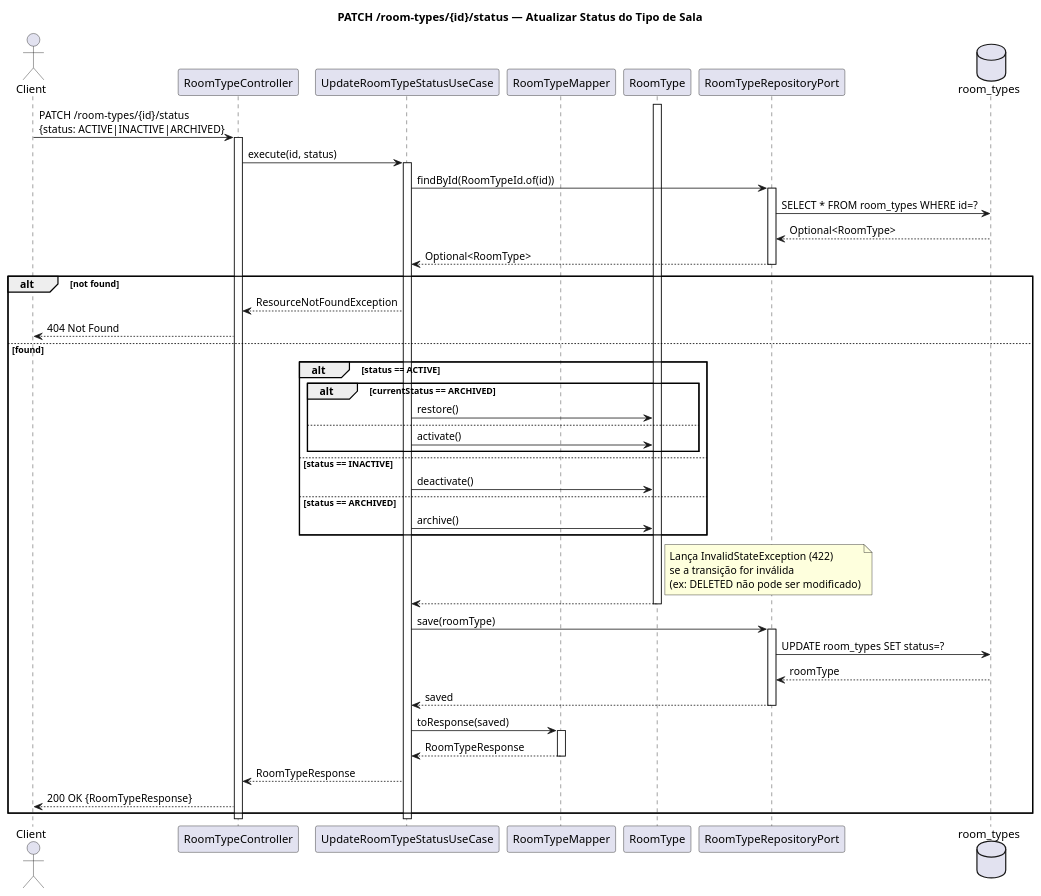
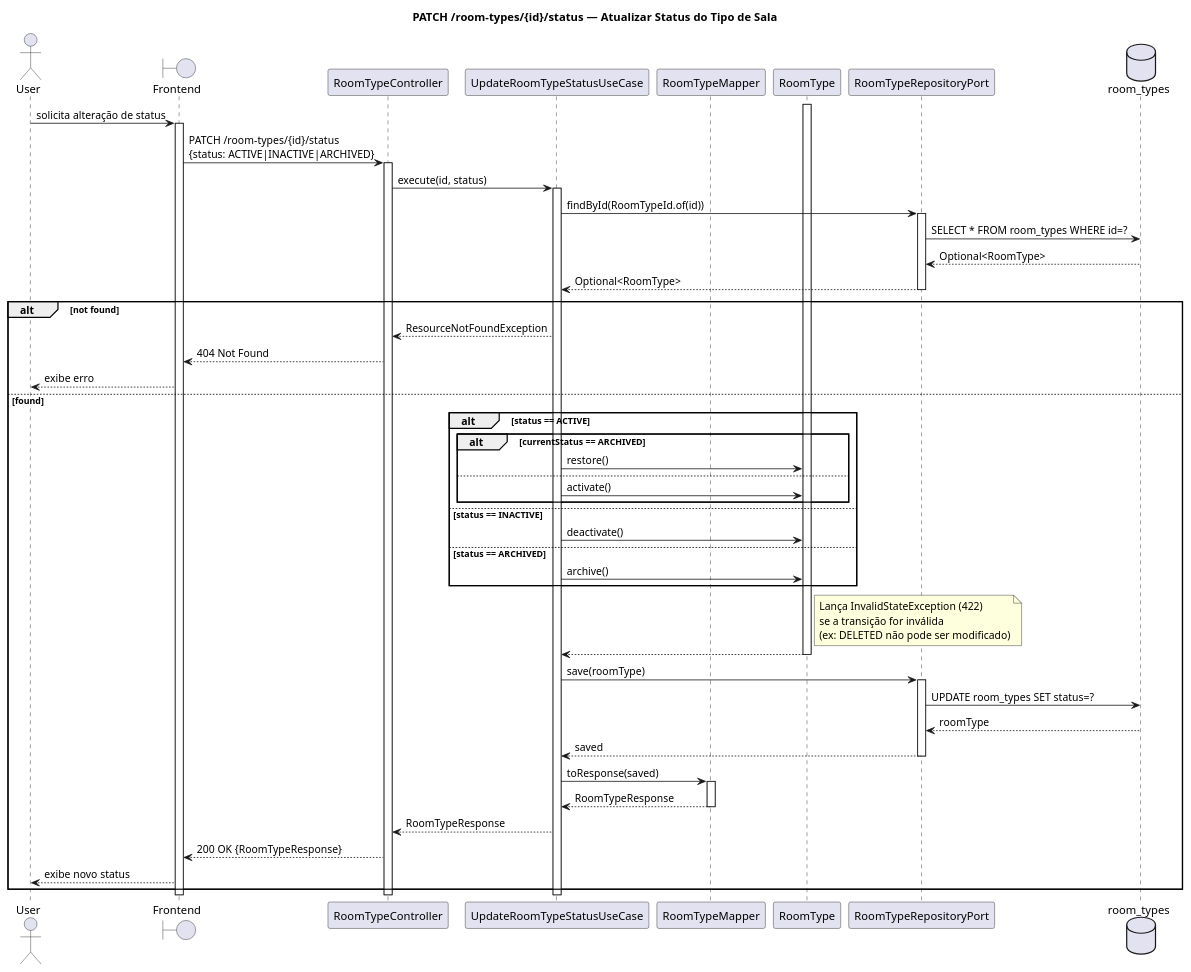
Before and after one commit to Neoguara/rooms-diagrams: the diagram in sequencia/room_type/update_room_type_status.puml, drawn with PlantUML. The commit also changed 28 other files, not shown here.

```diff
--- a/sequencia/room_type/update_room_type_status.puml
+++ b/sequencia/room_type/update_room_type_status.puml
@@ -1,67 +1,73 @@
 @startuml update_room_type_status
 
 title PATCH /room-types/{id}/status — Atualizar Status do Tipo de Sala
 
-actor Client
+actor User
+boundary "Frontend" as FE
 participant "RoomTypeController" as Ctrl
 participant "UpdateRoomTypeStatusUseCase" as UC
 participant "RoomTypeMapper" as Mapper
 participant "RoomType" as Entity
 participant "RoomTypeRepositoryPort" as Repo
 database "room_types" as DB
 
-Client -> Ctrl: PATCH /room-types/{id}/status\n{status: ACTIVE|INACTIVE|ARCHIVED}
+User -> FE: solicita alteração de status
+activate FE
+FE -> Ctrl: PATCH /room-types/{id}/status\n{status: ACTIVE|INACTIVE|ARCHIVED}
 activate Ctrl
 
 Ctrl -> UC: execute(id, status)
 activate UC
 
 UC -> Repo: findById(RoomTypeId.of(id))
 activate Repo
 Repo -> DB: SELECT * FROM room_types WHERE id=?
 DB --> Repo: Optional<RoomType>
 Repo --> UC: Optional<RoomType>
 deactivate Repo
 
 alt not found
   UC --> Ctrl: ResourceNotFoundException
-  Ctrl --> Client: 404 Not Found
+  Ctrl --> FE: 404 Not Found
+  FE --> User: exibe erro
 else found
 
   alt status == ACTIVE
     alt currentStatus == ARCHIVED
       UC -> Entity: restore()
     else
       UC -> Entity: activate()
     end
   else status == INACTIVE
     UC -> Entity: deactivate()
   else status == ARCHIVED
     UC -> Entity: archive()
   end
 
   activate Entity
   note right of Entity: Lança InvalidStateException (422)\nse a transição for inválida\n(ex: DELETED não pode ser modificado)
   Entity --> UC:
   deactivate Entity
 
   UC -> Repo: save(roomType)
   activate Repo
   Repo -> DB: UPDATE room_types SET status=?
   DB --> Repo: roomType
   Repo --> UC: saved
   deactivate Repo
 
   UC -> Mapper: toResponse(saved)
   activate Mapper
   Mapper --> UC: RoomTypeResponse
   deactivate Mapper
 
   UC --> Ctrl: RoomTypeResponse
-  Ctrl --> Client: 200 OK {RoomTypeResponse}
+  Ctrl --> FE: 200 OK {RoomTypeResponse}
+  FE --> User: exibe novo status
 end
 
 deactivate UC
 deactivate Ctrl
+deactivate FE
 
 @enduml
```
